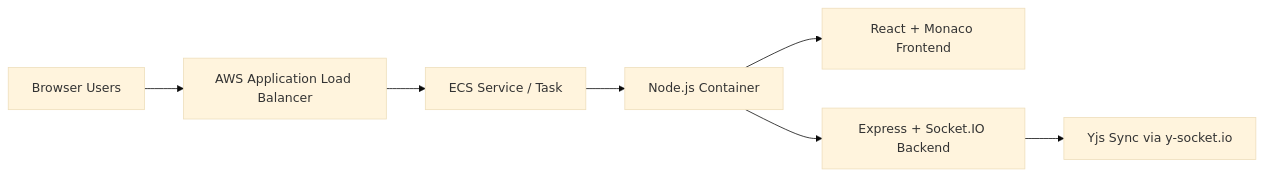
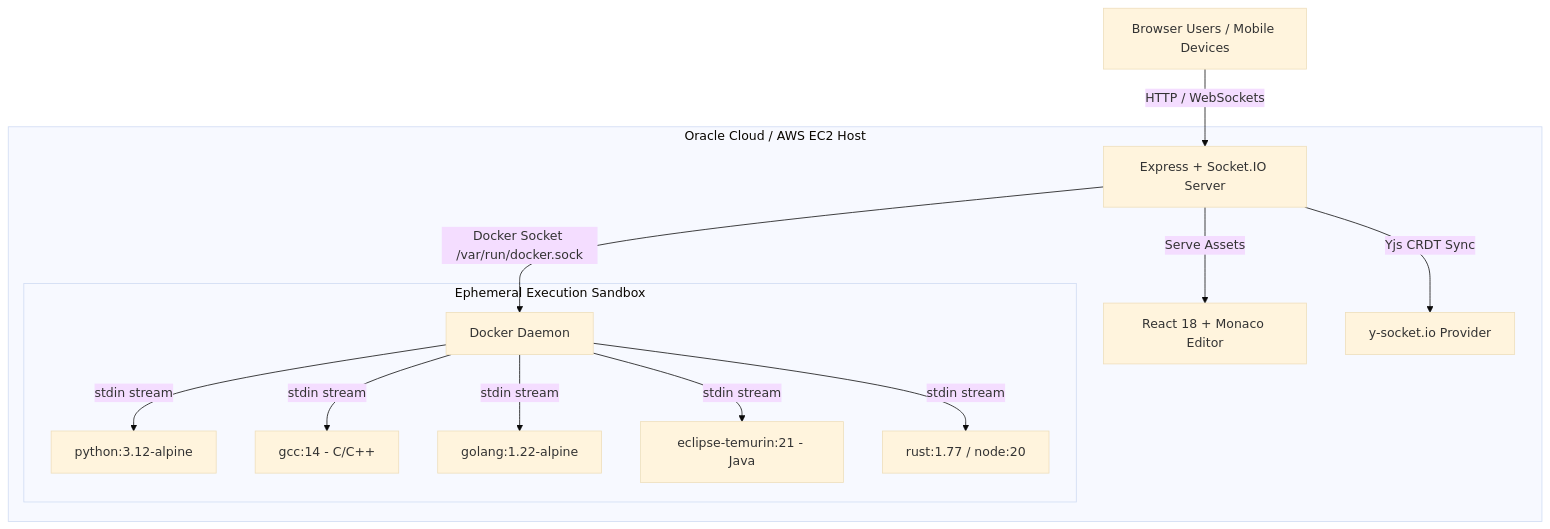
One commit to SankeT2705/Docker-Code-Editor changed the diagram in README.md. Above: the diagram before and after it, drawn with Mermaid (base theme). The commit also changed other lines of this file, not shown here.

Commit message:
docs: update README with DinD features and Oracle Cloud deployment

````diff
--- a/README.md
+++ b/README.md
@@ -19,9 +25,18 @@
 ```mermaid
-flowchart LR
-    U[Browser Users] --> ALB[AWS Application Load Balancer]
-    ALB --> ECS[ECS Service / Task]
-    ECS --> APP[Node.js Container]
-    APP --> FE[React + Monaco Frontend]
-    APP --> BE[Express + Socket.IO Backend]
-    BE --> YJS[Yjs Sync via y-socket.io]
+flowchart TD
+    U[Browser Users / Mobile Devices] -->|HTTP / WebSockets| Server[Express + Socket.IO Server]
+    
+    subgraph Host Server [Oracle Cloud / AWS EC2 Host]
+        Server -->|Serve Assets| FE[React 18 + Monaco Editor]
+        Server -->|Yjs CRDT Sync| SYNC[y-socket.io Provider]
+        Server -->|Docker Socket /var/run/docker.sock| DOCKER[Docker Daemon]
+        
+        subgraph Sandbox Containers [Ephemeral Execution Sandbox]
+            DOCKER -->|stdin stream| C1[python:3.12-alpine]
+            DOCKER -->|stdin stream| C2[gcc:14 - C/C++]
+            DOCKER -->|stdin stream| C3[golang:1.22-alpine]
+            DOCKER -->|stdin stream| C4[eclipse-temurin:21 - Java]
+            DOCKER -->|stdin stream| C5[rust:1.77 / node:20]
+        end
+    end
 ```
````
